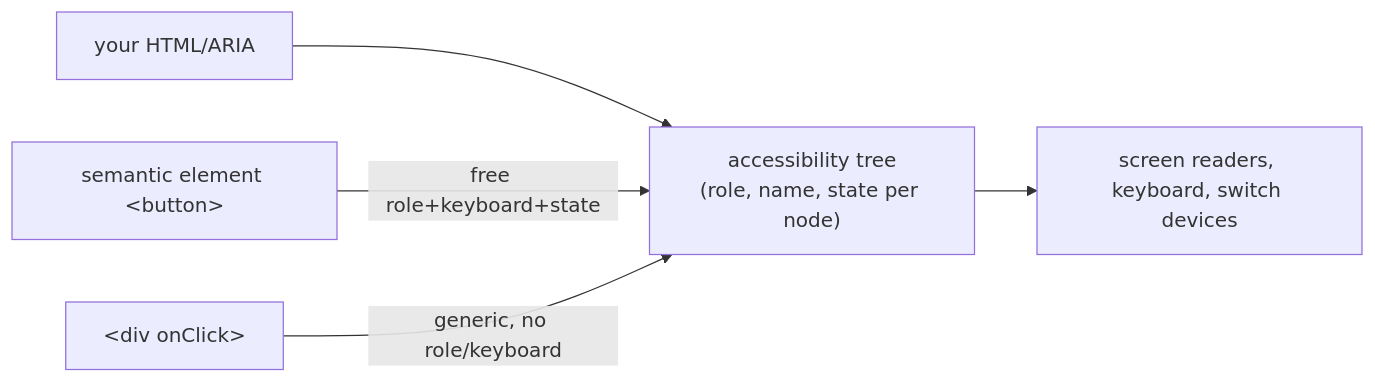
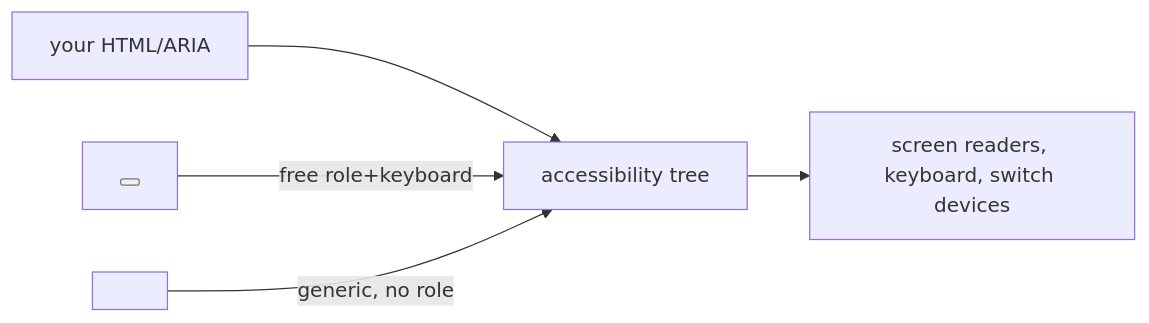
The diagram in packages/content/content/23-accessibility.mdx (ashishxcode/frontend-internals), drawn with Mermaid before and after one commit. The commit also changed other lines of this file and 34 other files, not shown here.

````diff
--- a/packages/content/content/23-accessibility.mdx
+++ b/packages/content/content/23-accessibility.mdx
@@ -54,7 +30,7 @@
 ```mermaid
 flowchart LR
-  html["your HTML/ARIA"] --> tree["accessibility tree<br/>(role, name, state per node)"]
+  html["your HTML/ARIA"] --> tree["accessibility tree"]
   tree --> at["screen readers, keyboard, switch devices"]
-  sem["semantic element &lt;button&gt;"] -->|free role+keyboard+state| tree
-  div["&lt;div onClick&gt;"] -->|generic, no role/keyboard| tree
+  sem["<button>"] -->|free role+keyboard| tree
+  div["<div onClick>"] -->|generic, no role| tree
 ```
````
